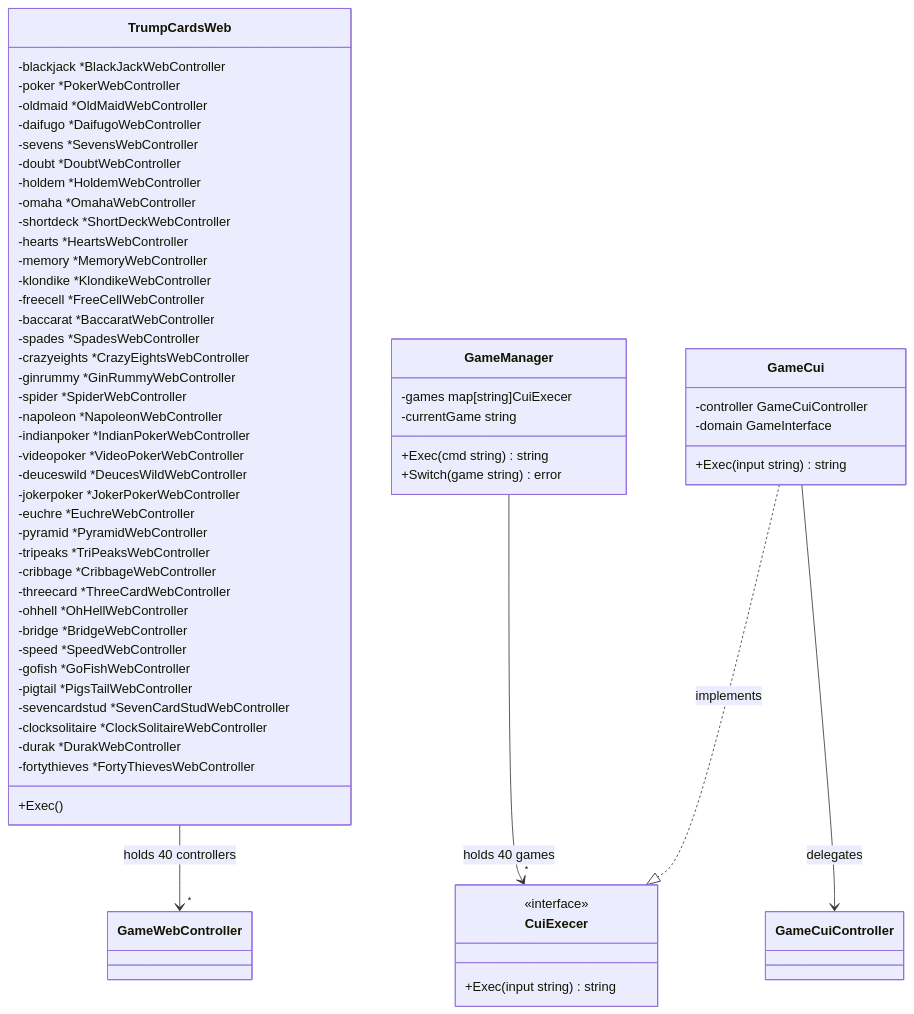
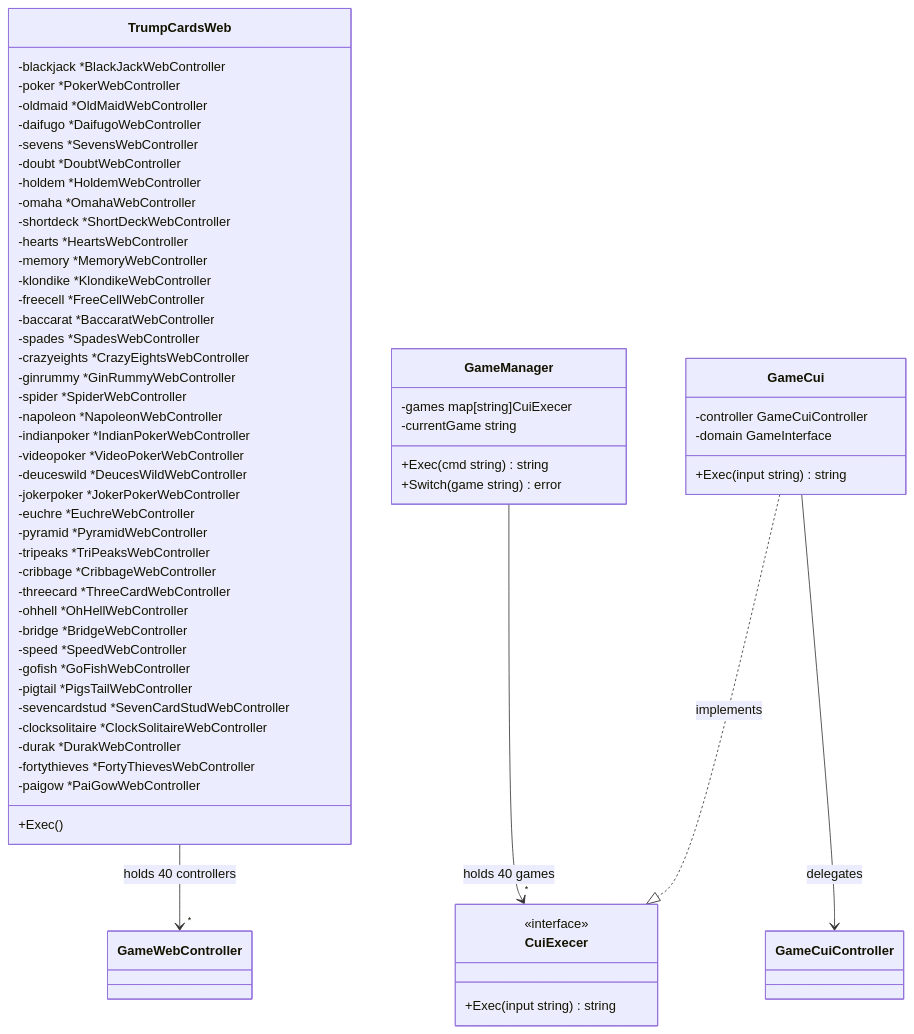
Diagram 12 of 56 in docs/design/backend.md (yuta-yoshinaga/go_trumpcards), drawn with Mermaid before and after one commit. The commit also changed other lines of this file and 54 other files, not shown here.

First line of the commit message:
feat: add Pai Gow Poker game

````diff
--- a/docs/design/backend.md
+++ b/docs/design/backend.md
@@ -1261,66 +1282,67 @@
 ```mermaid
 classDiagram
     class TrumpCardsWeb {
         -blackjack *BlackJackWebController
         -poker *PokerWebController
         -oldmaid *OldMaidWebController
         -daifugo *DaifugoWebController
         -sevens *SevensWebController
         -doubt *DoubtWebController
         -holdem *HoldemWebController
         -omaha *OmahaWebController
         -shortdeck *ShortDeckWebController
         -hearts *HeartsWebController
         -memory *MemoryWebController
         -klondike *KlondikeWebController
         -freecell *FreeCellWebController
         -baccarat *BaccaratWebController
         -spades *SpadesWebController
         -crazyeights *CrazyEightsWebController
         -ginrummy *GinRummyWebController
         -spider *SpiderWebController
         -napoleon *NapoleonWebController
         -indianpoker *IndianPokerWebController
         -videopoker *VideoPokerWebController
         -deuceswild *DeucesWildWebController
         -jokerpoker *JokerPokerWebController
         -euchre *EuchreWebController
         -pyramid *PyramidWebController
         -tripeaks *TriPeaksWebController
         -cribbage *CribbageWebController
         -threecard *ThreeCardWebController
         -ohhell *OhHellWebController
         -bridge *BridgeWebController
         -speed *SpeedWebController
         -gofish *GoFishWebController
         -pigtail *PigsTailWebController
         -sevencardstud *SevenCardStudWebController
         -clocksolitaire *ClockSolitaireWebController
         -durak *DurakWebController
         -fortythieves *FortyThievesWebController
+        -paigow *PaiGowWebController
         +Exec()
     }
 
     class GameManager {
         -games map[string]CuiExecer
         -currentGame string
         +Exec(cmd string) string
         +Switch(game string) error
     }
 
     class CuiExecer {
         <<interface>>
         +Exec(input string) string
     }
 
     class GameCui {
         -controller GameCuiController
         -domain GameInterface
         +Exec(input string) string
     }
 
     TrumpCardsWeb --> "*" GameWebController : holds 40 controllers
     GameManager --> "*" CuiExecer : holds 40 games
     GameCui ..|> CuiExecer : implements
     GameCui --> GameCuiController : delegates
 ```
````
